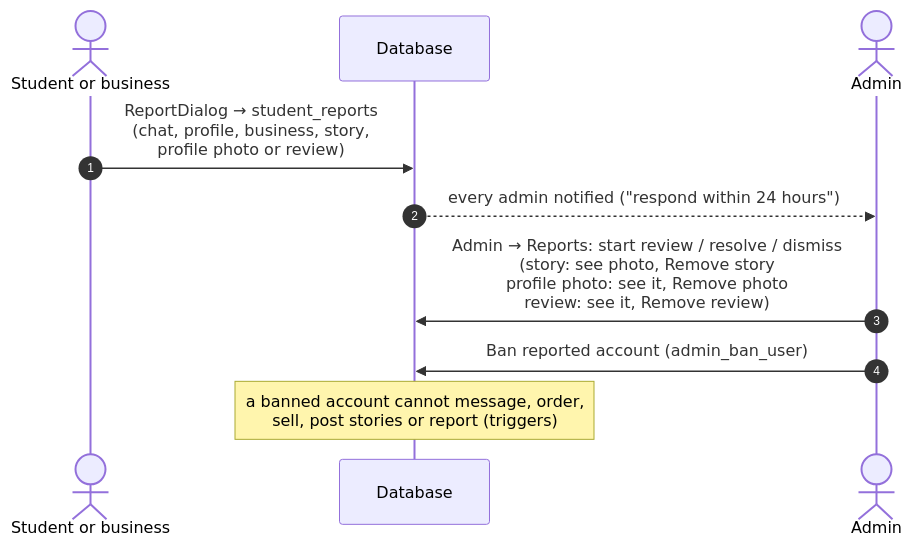
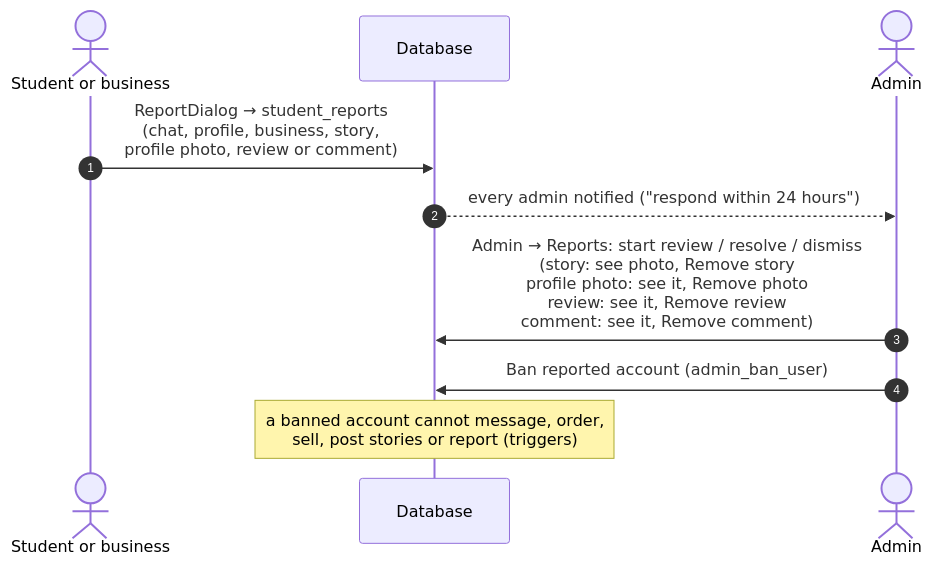
One commit to tangaza360-max/unipicks changed the seventh of 9 diagrams in docs/architecture/03-journeys.md. Above: the diagram before and after it, drawn with Mermaid. The commit also changed 9 other files, not shown here.

First line of the commit message:
feat(safety): report a comment; admins remove it

````diff
--- a/docs/architecture/03-journeys.md
+++ b/docs/architecture/03-journeys.md
@@ -175,12 +175,12 @@
 ```mermaid
 sequenceDiagram
   autonumber
   actor R as Student or business
   participant DB as Database
   actor AD as Admin
-  R->>DB: ReportDialog → student_reports<br/>(chat, profile, business, story,<br/>profile photo or review)
+  R->>DB: ReportDialog → student_reports<br/>(chat, profile, business, story,<br/>profile photo, review or comment)
   DB-->>AD: every admin notified ("respond within 24 hours")
-  AD->>DB: Admin → Reports: start review / resolve / dismiss<br/>(story: see photo, Remove story<br/>profile photo: see it, Remove photo<br/>review: see it, Remove review)
+  AD->>DB: Admin → Reports: start review / resolve / dismiss<br/>(story: see photo, Remove story<br/>profile photo: see it, Remove photo<br/>review: see it, Remove review<br/>comment: see it, Remove comment)
   AD->>DB: Ban reported account (admin_ban_user)
   Note over DB: a banned account cannot message, order,<br/>sell, post stories or report (triggers)
 ```
````
